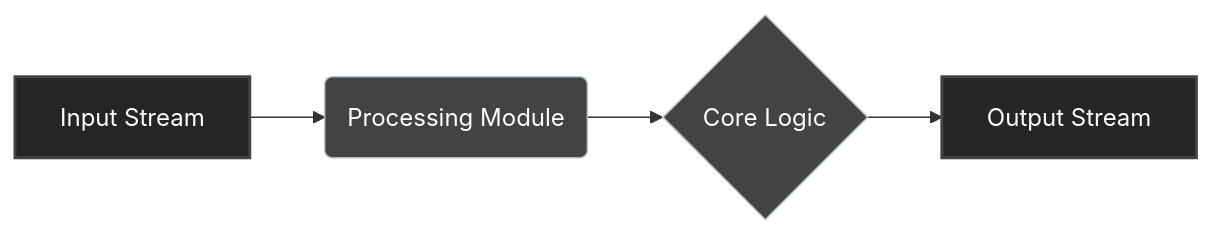
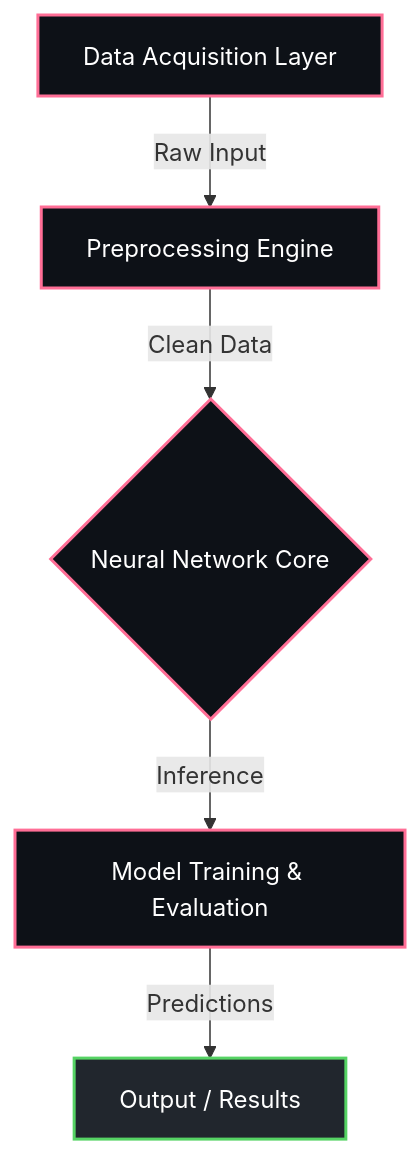
The diagram in README.md (karthik-idikuda/Prescription-System), drawn with Mermaid before and after one commit. The commit also changed other lines of this file, not shown here.

Commit message:
docs: Deploy analyzed project-specific README with real architecture

````diff
--- a/README.md
+++ b/README.md
@@ -31,12 +28,14 @@
 ```mermaid
-graph LR;
-    A[Input Stream] --> B(Processing Module);
-    B --> C{Core Logic};
-    C --> D[Output Stream];
-    
-    classDef primary fill:#232526,stroke:#414345,stroke-width:2px,color:#fff;
-    classDef secondary fill:#414345,stroke:#b0bec5,stroke-width:1px,color:#fff;
-    
-    class A,D primary;
-    class B,C secondary;
+graph TD;
+    A["Data Acquisition Layer"] -->|Raw Input| B["Preprocessing Engine"];
+    B -->|Clean Data| D{"Neural Network Core"};
+    D -->|Inference| E["Model Training & Evaluation"];
+    E -->|Predictions| F["Output / Results"];
+
+    classDef ml fill:#0d1117,stroke:#ff6e96,stroke-width:2px,color:#fff;
+    classDef cv fill:#161b22,stroke:#79c0ff,stroke-width:2px,color:#fff;
+    classDef web fill:#21262d,stroke:#56d364,stroke-width:2px,color:#fff;
+    class A,B ml;
+    class D,E ml;
+    class F,G web;
 ```
````
